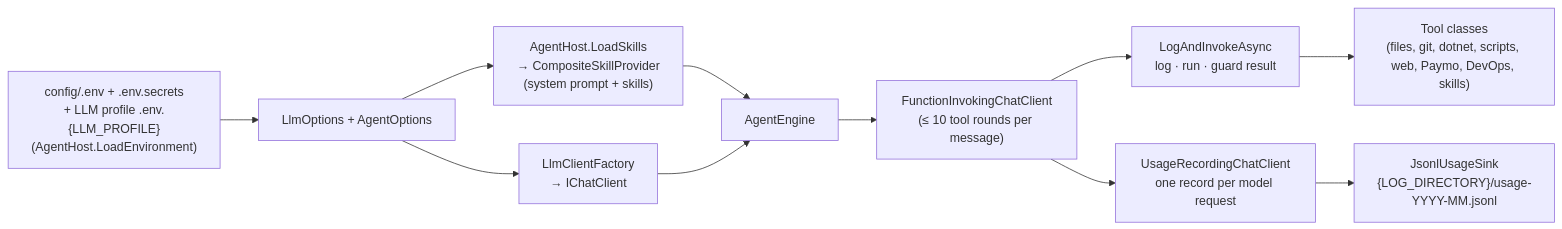
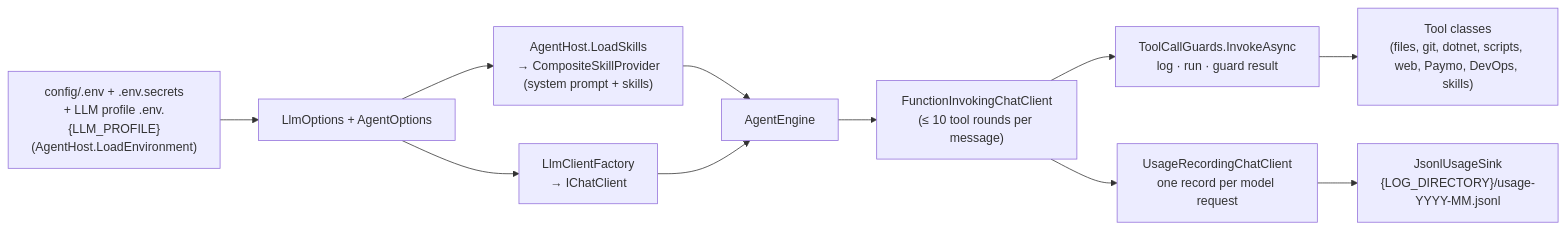
The diagram in docs/projects/louis-agent.core.md (bosbevk/louis-agent), drawn with Mermaid before and after one commit. The commit also changed other lines of this file and 7 other files, not shown here.

````diff
--- a/docs/projects/louis-agent.core.md
+++ b/docs/projects/louis-agent.core.md
@@ -14,13 +14,13 @@
 ```mermaid
 flowchart LR
     Env["config/.env + .env.secrets<br/>+ LLM profile .env.{LLM_PROFILE}<br/>(AgentHost.LoadEnvironment)"] --> Opts["LlmOptions + AgentOptions"]
     Opts --> Skills["AgentHost.LoadSkills<br/>→ CompositeSkillProvider<br/>(system prompt + skills)"]
     Opts --> Factory["LlmClientFactory<br/>→ IChatClient"]
     Skills --> Engine["AgentEngine"]
     Factory --> Engine
     Engine --> Loop["FunctionInvokingChatClient<br/>(≤ 10 tool rounds per message)"]
-    Loop --> Guards["LogAndInvokeAsync<br/>log · run · guard result"]
+    Loop --> Guards["ToolCallGuards.InvokeAsync<br/>log · run · guard result"]
     Guards --> Tools["Tool classes<br/>(files, git, dotnet, scripts, web, Paymo, DevOps, skills)"]
     Loop --> Rec["UsageRecordingChatClient<br/>one record per model request"]
     Rec --> Ledger["JsonlUsageSink<br/>{LOG_DIRECTORY}/usage-YYYY-MM.jsonl"]
 ```
````
